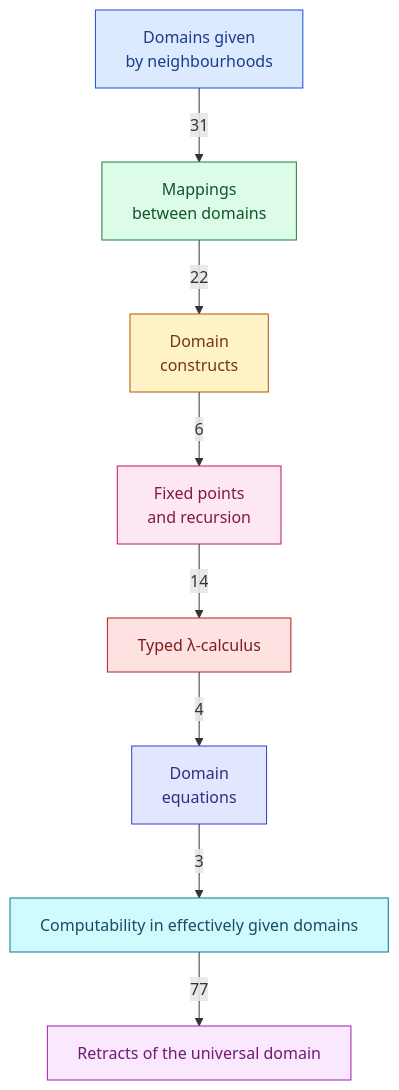
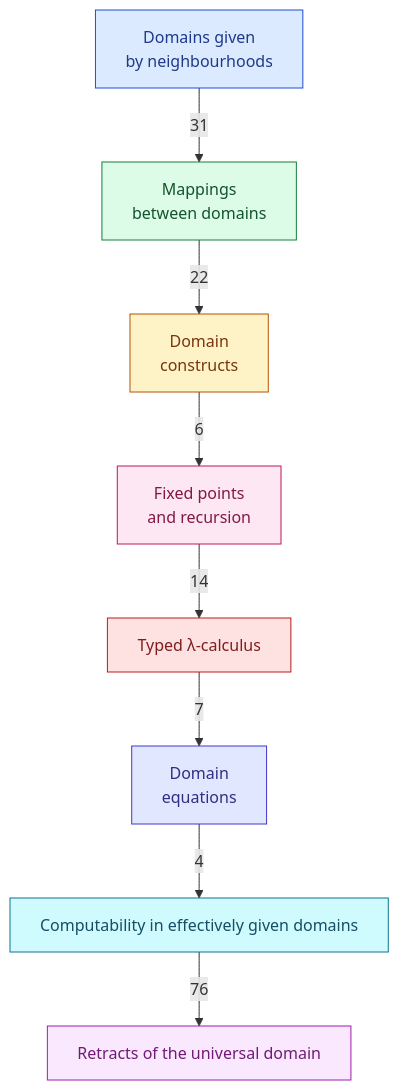
One commit to catskillsresearch/DomainTheory changed the diagram in DomainTheory/NeighbourhoodSystems/1980_Neighborhood.mermaid. Above: the diagram before and after it, drawn with Mermaid. The commit also changed 254 other files, not shown here.

```diff
--- a/DomainTheory/NeighbourhoodSystems/1980_Neighborhood.mermaid
+++ b/DomainTheory/NeighbourhoodSystems/1980_Neighborhood.mermaid
@@ -1,40 +1,40 @@
 %% Each box is one section from 1980_Neighborhood.md.
 %% Lean modules = .lean files under that section's topic folders.
 %% Arrowhead on the importer; label = direct-import count.
 %% Only paper-forward edges (earlier → later). Paths implied by longer routes omitted.
 flowchart TB
 
   DOM["Domains given<br>by neighbourhoods"]
   MAP["Mappings<br>between domains"]
   CON["Domain<br>constructs"]
   FIX["Fixed points<br>and recursion"]
   LAM["Typed λ-calculus"]
   EQ["Domain<br>equations"]
   COMP["Computability in effectively given domains"]
   RET["Retracts of the universal domain"]
 
-  EQ -->|"3"| COMP
+  EQ -->|"4"| COMP
   MAP -->|"22"| CON
-  LAM -->|"4"| EQ
+  LAM -->|"7"| EQ
   CON -->|"6"| FIX
   FIX -->|"14"| LAM
   DOM -->|"31"| MAP
-  COMP -->|"77"| RET
+  COMP -->|"76"| RET
 
 %%{init: {"flowchart": {"wrappingWidth": 2000}}}%%
   classDef c1 fill:#dbeafe,stroke:#1d4ed8,color:#1e3a8a
   classDef c2 fill:#dcfce7,stroke:#15803d,color:#14532d
   classDef c3 fill:#fef3c7,stroke:#b45309,color:#78350f
   classDef c4 fill:#fce7f3,stroke:#be185d,color:#831843
   classDef c5 fill:#fee2e2,stroke:#b91c1c,color:#7f1d1d
   classDef c6 fill:#e0e7ff,stroke:#4338ca,color:#312e81
   classDef c7 fill:#cffafe,stroke:#0e7490,color:#164e63
   classDef c8 fill:#fae8ff,stroke:#a21caf,color:#701a75
   class DOM c1
   class MAP c2
   class CON c3
   class FIX c4
   class LAM c5
   class EQ c6
   class COMP c7
   class RET c8
```
